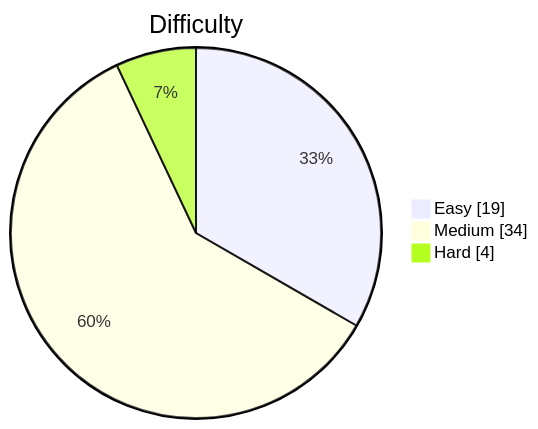
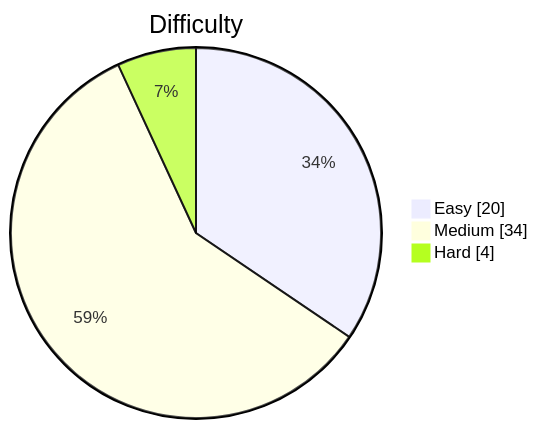
One commit to kevstevie/python-algo-practice changed the diagram in README.md. Above: the diagram before and after it, drawn with Mermaid. The commit also changed other lines of this file, not shown here.

````diff
--- a/README.md
+++ b/README.md
@@ -13,7 +13,7 @@
 ```mermaid
 pie showData
     title Difficulty
-    "Easy"   : 19
+    "Easy"   : 20
     "Medium" : 34
     "Hard"   : 4
 ```
````
